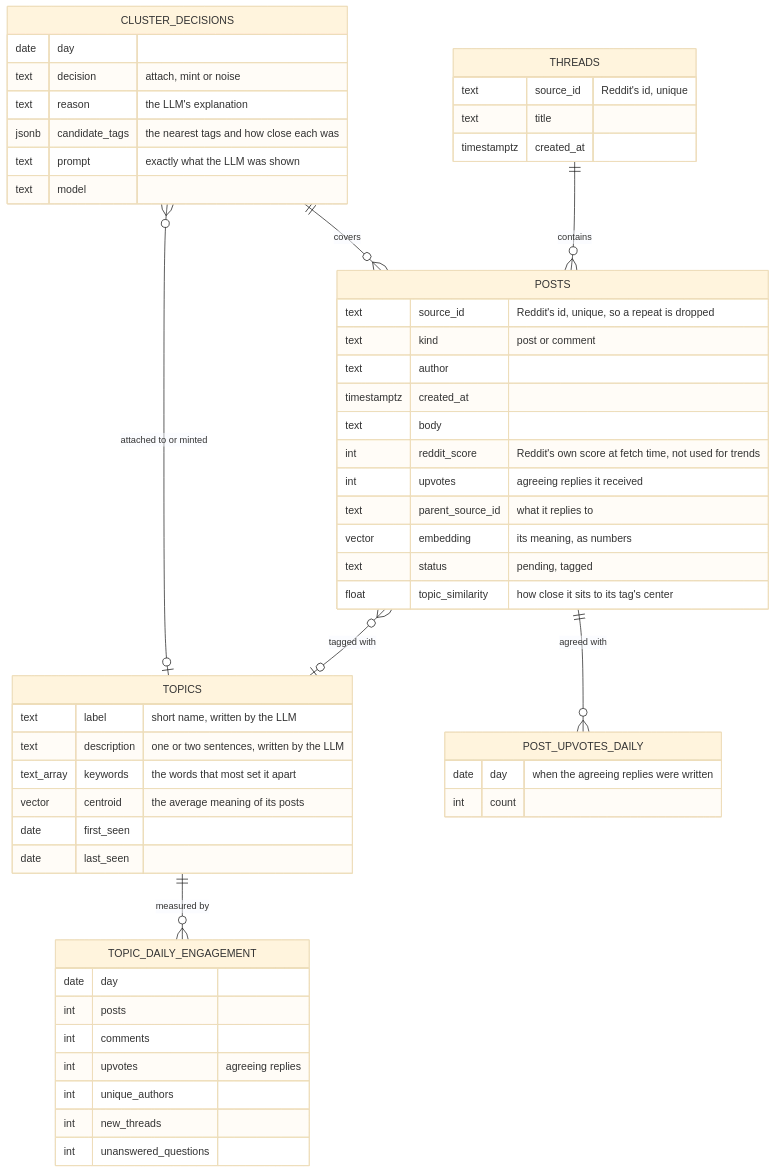
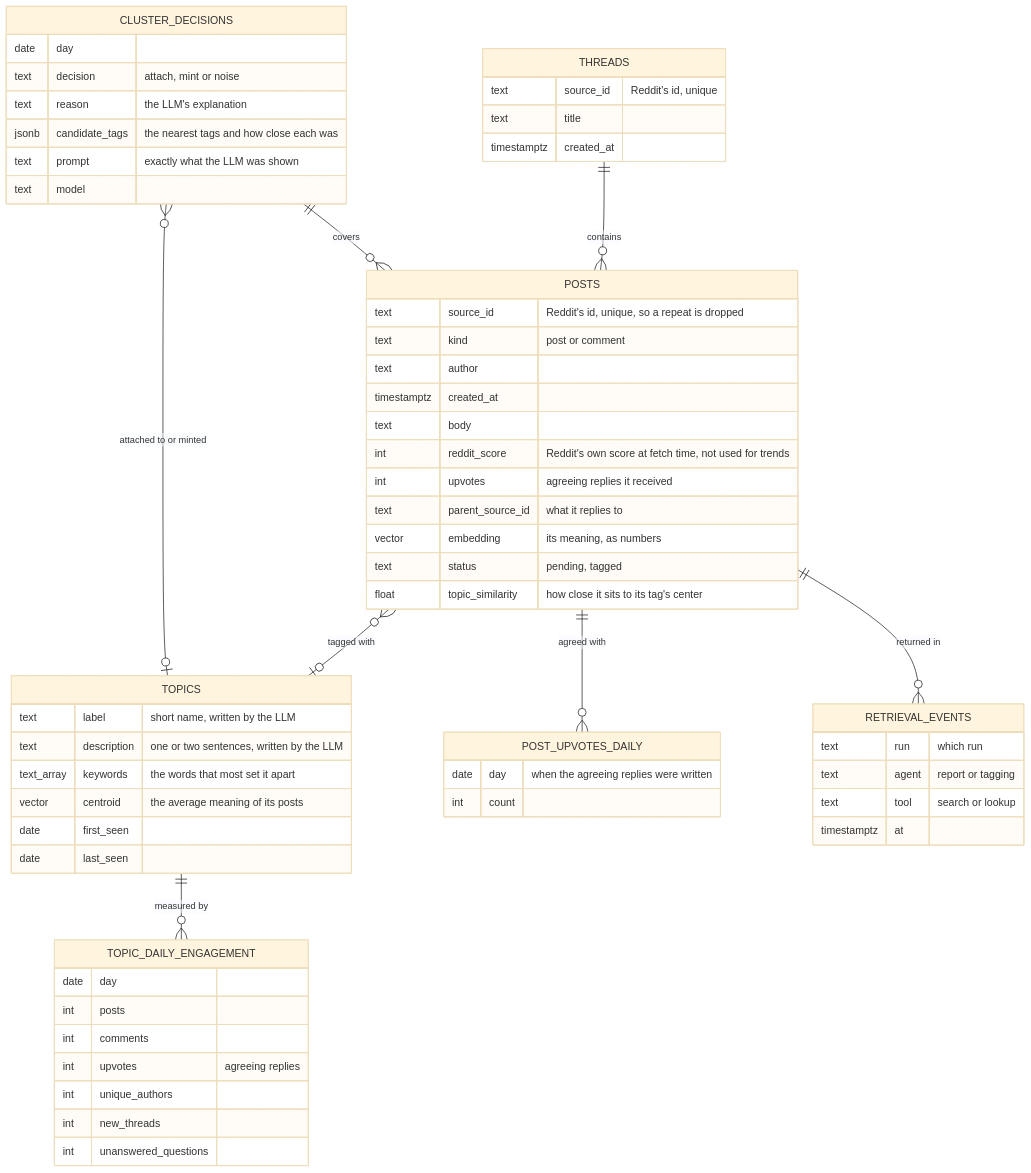
The first of 2 diagrams in docs/atlas/20-data-model/21-topics.md (brianaderer/transcendent), drawn with Mermaid (base theme) before and after one commit. The commit also changed other lines of this file and 6 other files, not shown here.

Commit message:
Atlas: full review — sync stale plates, add retrieval_events, OPEN-21..26

````diff
--- a/docs/atlas/20-data-model/21-topics.md
+++ b/docs/atlas/20-data-model/21-topics.md
@@ -29,57 +29,64 @@
 ```mermaid
 erDiagram
     THREADS ||--o{ POSTS : contains
     POSTS }o--o| TOPICS : "tagged with"
     POSTS ||--o{ POST_UPVOTES_DAILY : "agreed with"
     TOPICS ||--o{ TOPIC_DAILY_ENGAGEMENT : "measured by"
     CLUSTER_DECISIONS }o--o| TOPICS : "attached to or minted"
     CLUSTER_DECISIONS ||--o{ POSTS : "covers"
+    POSTS ||--o{ RETRIEVAL_EVENTS : "returned in"
 
     THREADS {
         text source_id "Reddit's id, unique"
         text title
         timestamptz created_at
     }
     POSTS {
         text source_id "Reddit's id, unique, so a repeat is dropped"
         text kind "post or comment"
         text author
         timestamptz created_at
         text body
         int reddit_score "Reddit's own score at fetch time, not used for trends"
         int upvotes "agreeing replies it received"
         text parent_source_id "what it replies to"
         vector embedding "its meaning, as numbers"
         text status "pending, tagged"
         float topic_similarity "how close it sits to its tag's center"
     }
     POST_UPVOTES_DAILY {
         date day "when the agreeing replies were written"
         int count
     }
     TOPICS {
         text label "short name, written by the LLM"
         text description "one or two sentences, written by the LLM"
         text_array keywords "the words that most set it apart"
         vector centroid "the average meaning of its posts"
         date first_seen
         date last_seen
     }
     TOPIC_DAILY_ENGAGEMENT {
         date day
         int posts
         int comments
         int upvotes "agreeing replies"
         int unique_authors
         int new_threads
         int unanswered_questions
     }
     CLUSTER_DECISIONS {
         date day
         text decision "attach, mint or noise"
         text reason "the LLM's explanation"
         jsonb candidate_tags "the nearest tags and how close each was"
         text prompt "exactly what the LLM was shown"
         text model
     }
+    RETRIEVAL_EVENTS {
+        text run "which run"
+        text agent "report or tagging"
+        text tool "search or lookup"
+        timestamptz at
+    }
 ```
````
